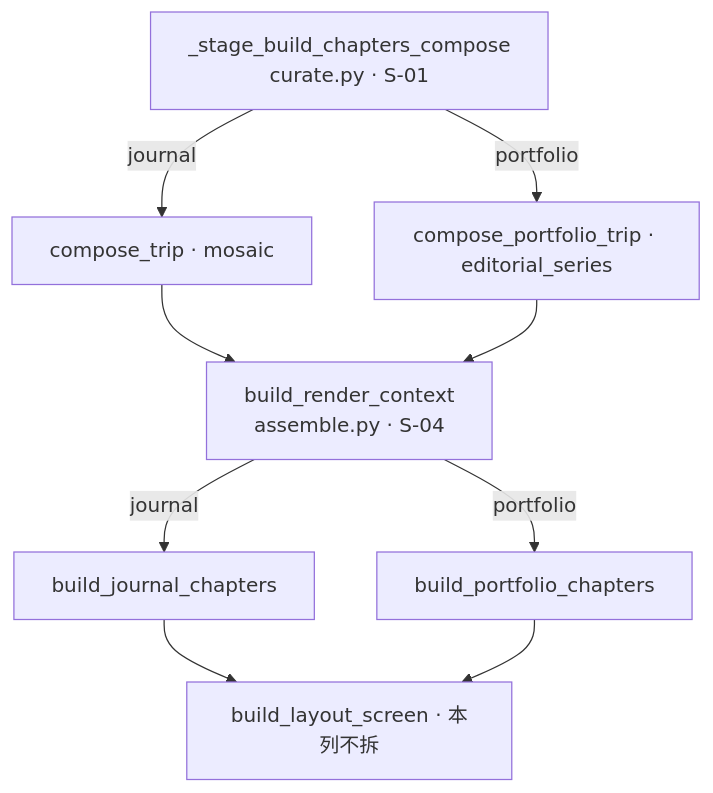
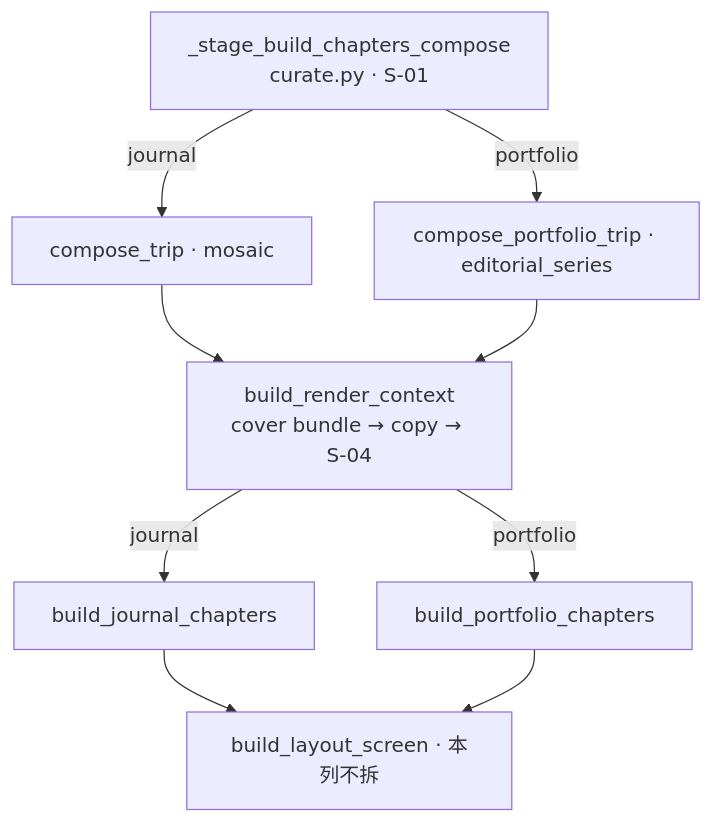
One commit to warclover/travelogue changed the diagram in docs/readable-core-line.md. Above: the diagram before and after it, drawn with Mermaid. The commit also changed other lines of this file and 5 other files, not shown here.

First line of the commit message:
test(rcl): extract build_render_context cover/copy stages (RCL W1)

````diff
--- a/docs/readable-core-line.md
+++ b/docs/readable-core-line.md
@@ -28,19 +28,19 @@
 ```mermaid
 flowchart TD
   curate["_stage_build_chapters_compose<br/>curate.py · S-01"]
   composeJ["compose_trip · mosaic"]
   composeP["compose_portfolio_trip · editorial_series"]
-  assemble["build_render_context<br/>assemble.py · S-04"]
+  assemble["build_render_context<br/>cover bundle → copy → S-04"]
   jc["build_journal_chapters"]
   pc["build_portfolio_chapters"]
   ctx["build_layout_screen · 本列不拆"]
 
   curate -->|journal| composeJ
   curate -->|portfolio| composeP
   composeJ --> assemble
   composeP --> assemble
   assemble -->|journal| jc
   assemble -->|portfolio| pc
   jc --> ctx
   pc --> ctx
 ```
````
